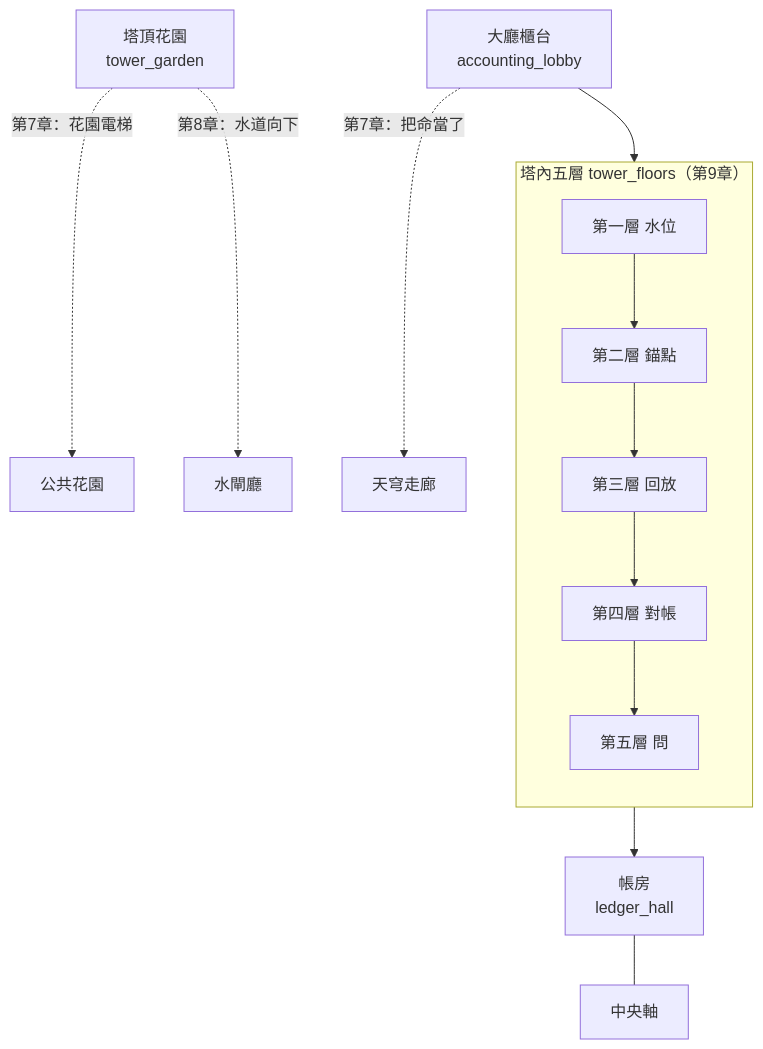
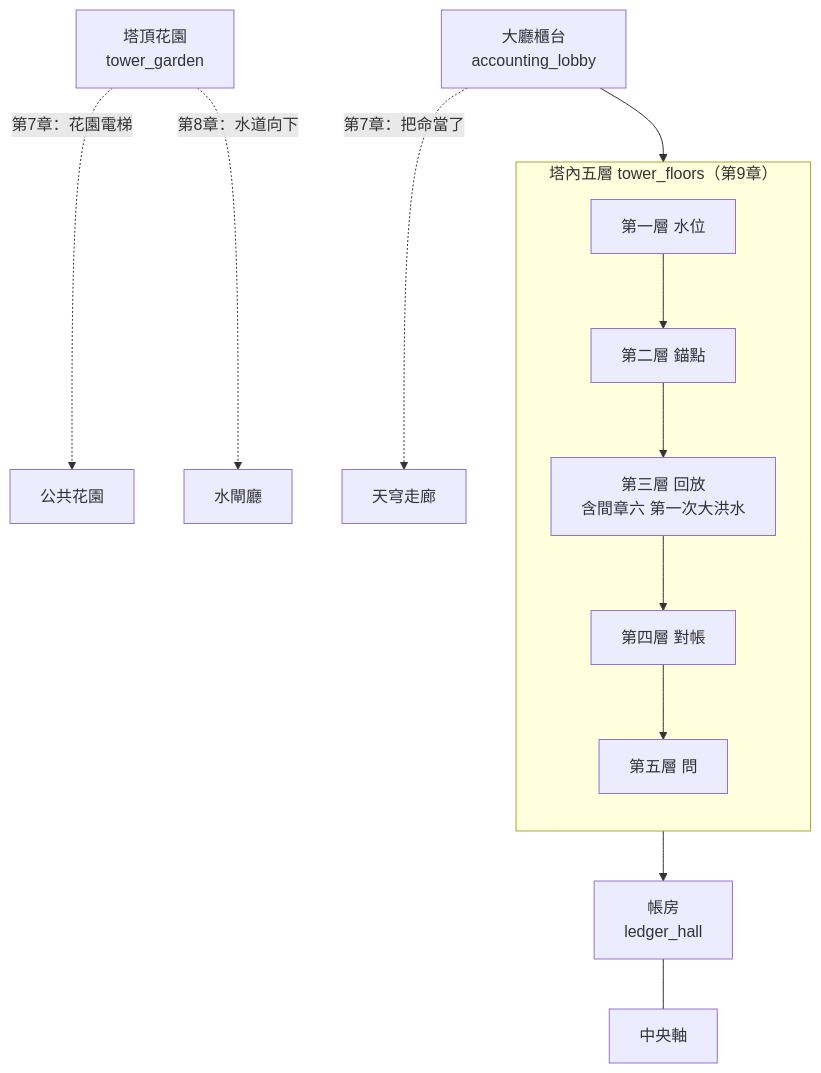
The fifth of 6 diagrams in design/13-story-v2/MAP.md (deadline314/Nest-Egg), drawn with Mermaid before and after one commit. The commit also changed other lines of this file and 11 other files, not shown here.

````diff
--- a/design/13-story-v2/MAP.md
+++ b/design/13-story-v2/MAP.md
@@ -264,24 +264,24 @@
 ```mermaid
 flowchart TB
   T3["塔頂花園<br/>tower_garden"]
   T1["大廳櫃台<br/>accounting_lobby"]
   subgraph T2["塔內五層 tower_floors（第9章）"]
     direction TB
     F5["第五層 問"]
     F4["第四層 對帳"]
-    F3["第三層 回放"]
+    F3["第三層 回放<br/>含間章六 第一次大洪水"]
     F2["第二層 錨點"]
     F1["第一層 水位"]
   end
   T4["帳房<br/>ledger_hall"]
   T1 --> F1
   F1 --> F2
   F2 --> F3
   F3 --> F4
   F4 --> F5
   F5 --> T4
   T3 -.->|"第7章：花園電梯"| GARDEN["公共花園"]
   T3 -.->|"第8章：水道向下"| M6["水閘廳"]
   T1 -.->|"第7章：把命當了"| S3["天穹走廊"]
   T4 --- CORE["中央軸"]
 ```
````
